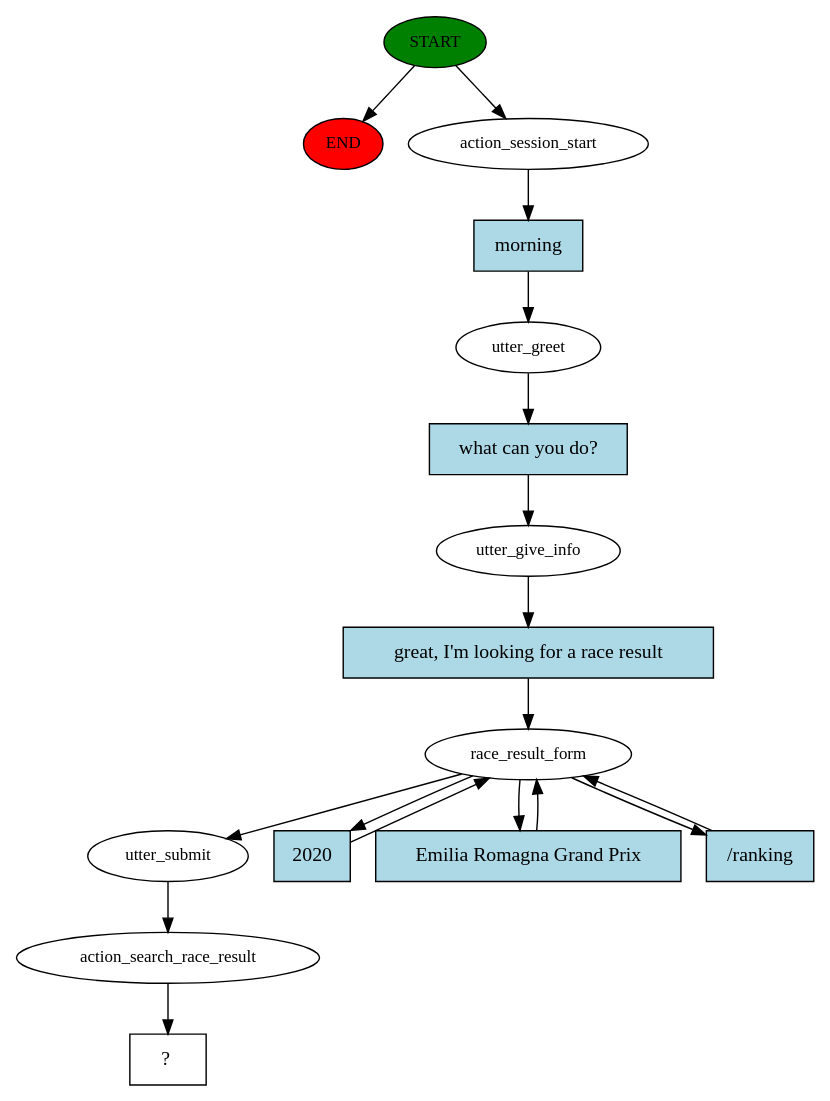
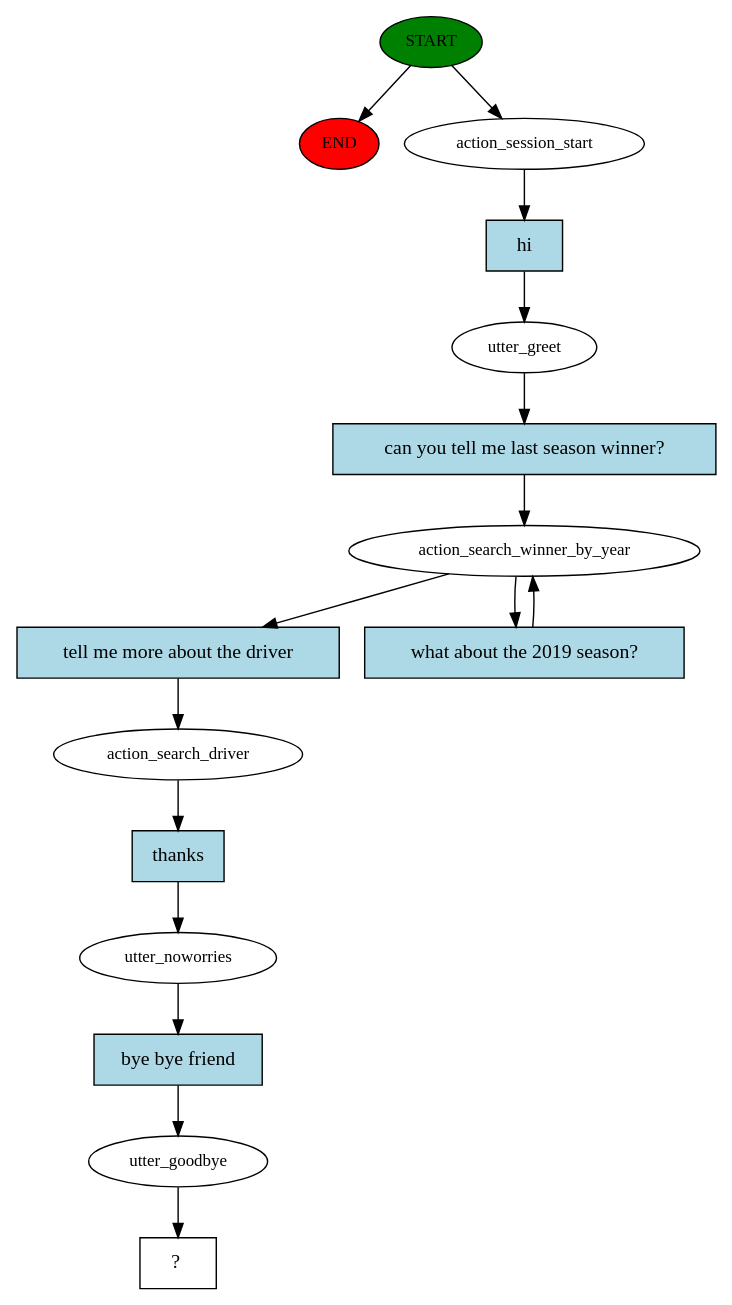
One commit to sebastianochiari/LUS-final-project changed the diagram in story_graph.dot. Above: the diagram before and after it, drawn with Graphviz. The commit also changed 11 other files, not shown here.

Commit message:
🚧 add search_next_race + lookup tables

```diff
--- a/story_graph.dot
+++ b/story_graph.dot
@@ -1,34 +1,32 @@
 digraph  {
 0 [class="start active", fillcolor=green, fontsize=12, label=START, style=filled];
 "-1" [class=end, fillcolor=red, fontsize=12, label=END, style=filled];
 1 [class=active, fontsize=12, label=action_session_start];
 2 [class=active, fontsize=12, label=utter_greet];
-3 [class=active, fontsize=12, label=utter_give_info];
-4 [class=active, fontsize=12, label=race_result_form];
-8 [class=active, fontsize=12, label=utter_submit];
-9 [class=active, fontsize=12, label=action_search_race_result];
-10 [class="intent dashed active", label="  ?  ", shape=rect];
-11 [class="intent active", fillcolor=lightblue, label=morning, shape=rect, style=filled];
-12 [class="intent active", fillcolor=lightblue, label="what can you do?", shape=rect, style=filled];
-13 [class="intent active", fillcolor=lightblue, label="great, I'm looking for a race result", shape=rect, style=filled];
-14 [class="intent active", fillcolor=lightblue, label=2020, shape=rect, style=filled];
-15 [class="intent active", fillcolor=lightblue, label="Emilia Romagna Grand Prix", shape=rect, style=filled];
-16 [class="intent active", fillcolor=lightblue, label="/ranking", shape=rect, style=filled];
+3 [class=active, fontsize=12, label=action_search_winner_by_year];
+5 [class=active, fontsize=12, label=action_search_driver];
+6 [class=active, fontsize=12, label=utter_noworries];
+7 [class=active, fontsize=12, label=utter_goodbye];
+8 [class="intent dashed active", label="  ?  ", shape=rect];
+9 [class="intent active", fillcolor=lightblue, label=hi, shape=rect, style=filled];
+10 [class="intent active", fillcolor=lightblue, label="can you tell me last season winner?", shape=rect, style=filled];
+11 [class="intent active", fillcolor=lightblue, label="tell me more about the driver", shape=rect, style=filled];
+12 [class="intent active", fillcolor=lightblue, label="what about the 2019 season?", shape=rect, style=filled];
+13 [class="intent active", fillcolor=lightblue, label=thanks, shape=rect, style=filled];
+14 [class="intent active", fillcolor=lightblue, label="bye bye friend", shape=rect, style=filled];
 0 -> "-1"  [class="", key=NONE, label=""];
 0 -> 1  [class=active, key=NONE, label=""];
-1 -> 11  [class=active, key=0];
-2 -> 12  [class=active, key=0];
-3 -> 13  [class=active, key=0];
-4 -> 8  [class=active, key=NONE, label=""];
-4 -> 14  [class=active, key=0];
-4 -> 15  [class=active, key=0];
-4 -> 16  [class=active, key=0];
-8 -> 9  [class=active, key=NONE, label=""];
-9 -> 10  [class=active, key=NONE, label=""];
-11 -> 2  [class=active, key=0];
+1 -> 9  [class=active, key=0];
+2 -> 10  [class=active, key=0];
+3 -> 11  [class=active, key=0];
+3 -> 12  [class=active, key=0];
+5 -> 13  [class=active, key=0];
+6 -> 14  [class=active, key=0];
+7 -> 8  [class=active, key=NONE, label=""];
+9 -> 2  [class=active, key=0];
+10 -> 3  [class=active, key=0];
+11 -> 5  [class=active, key=0];
 12 -> 3  [class=active, key=0];
-13 -> 4  [class=active, key=0];
-14 -> 4  [class=active, key=0];
-15 -> 4  [class=active, key=0];
-16 -> 4  [class=active, key=0];
+13 -> 6  [class=active, key=0];
+14 -> 7  [class=active, key=0];
 }
```
